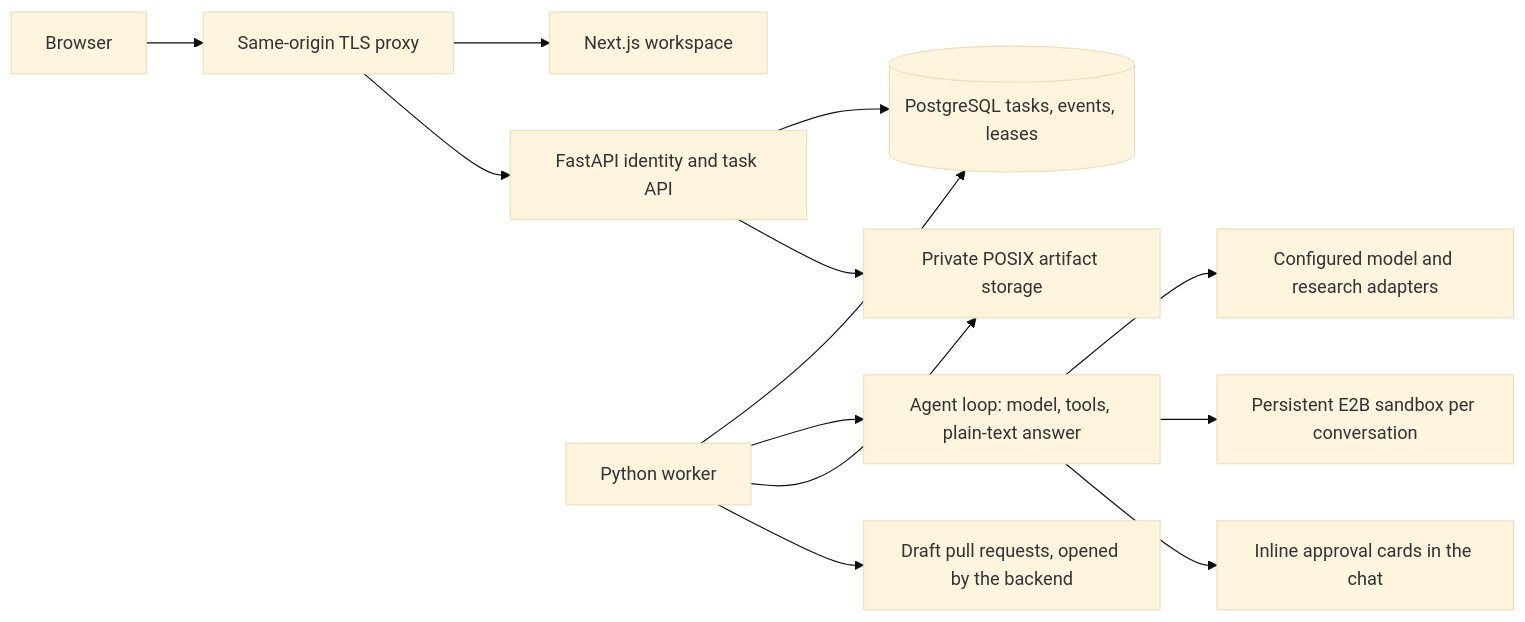
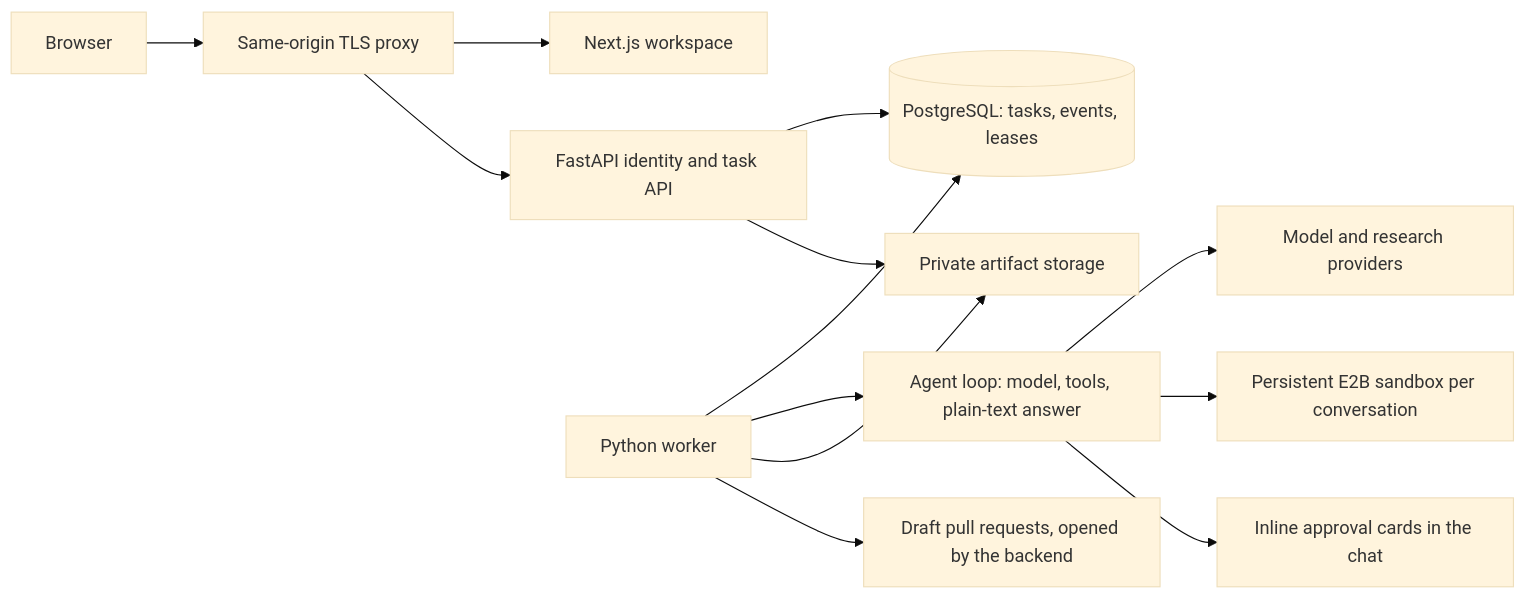
The diagram in README.md (harshkolte01/AgentForge), drawn with Mermaid (base theme) before and after one commit. The commit also changed other lines of this file and 35 other files, not shown here.

````diff
--- a/README.md
+++ b/README.md
@@ -38,15 +66,15 @@
 ```mermaid
 flowchart LR
     Browser --> Proxy[Same-origin TLS proxy]
     Proxy --> Web[Next.js workspace]
     Proxy --> API[FastAPI identity and task API]
-    API --> DB[(PostgreSQL tasks, events, leases)]
+    API --> DB[(PostgreSQL: tasks, events, leases)]
     Worker[Python worker] --> DB
     Worker --> Agent[Agent loop: model, tools, plain-text answer]
-    Agent --> Providers[Configured model and research adapters]
+    Agent --> Providers[Model and research providers]
     Agent --> E2B[Persistent E2B sandbox per conversation]
     Agent --> Approvals[Inline approval cards in the chat]
-    Worker --> Artifacts[Private POSIX artifact storage]
+    Worker --> Artifacts[Private artifact storage]
     API --> Artifacts
     Worker --> GitHub[Draft pull requests, opened by the backend]
 ```
````
